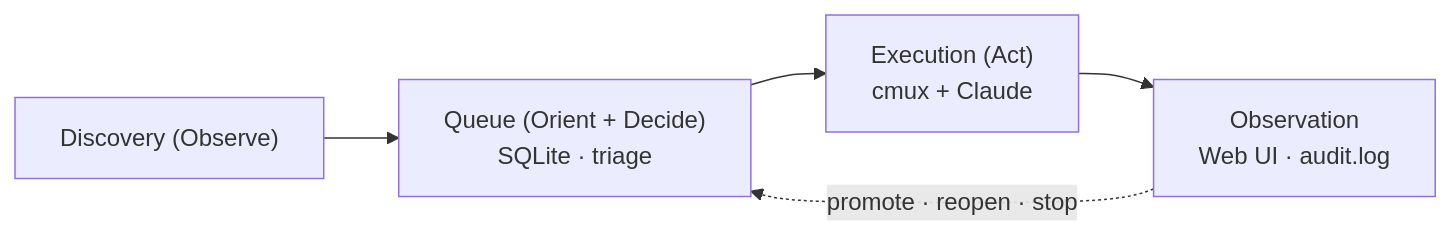
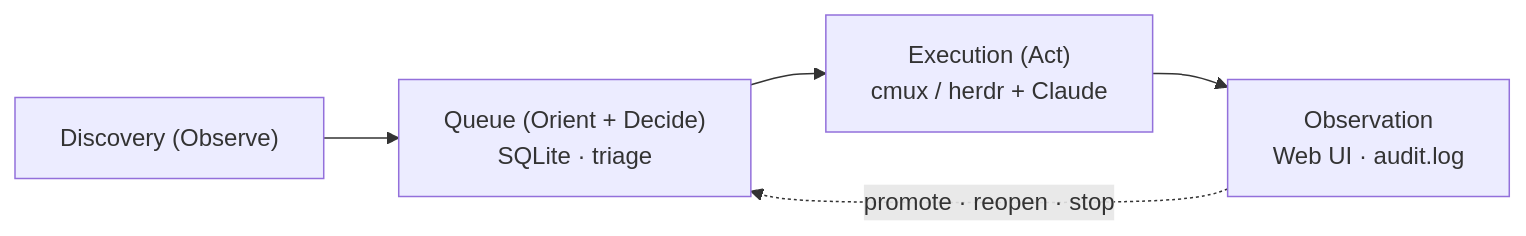
One commit to haruotsu/marunage changed the diagram in README.ja.md. Above: the diagram before and after it, drawn with Mermaid. The commit also changed other lines of this file and 19 other files, not shown here.

First line of the commit message:
feat(execution): add herdr backend alongside cmux

````diff
--- a/README.ja.md
+++ b/README.ja.md
@@ -32,10 +34,10 @@
 ```mermaid
 flowchart LR
     D["Discovery (Observe)"]
     Q["Queue (Orient + Decide)<br/>SQLite · triage"]
-    E["Execution (Act)<br/>cmux + Claude"]
+    E["Execution (Act)<br/>cmux / herdr + Claude"]
     O["Observation<br/>Web UI · audit.log"]
 
     D --> Q --> E --> O
     O -.->|promote · reopen · stop| Q
 ```
````
